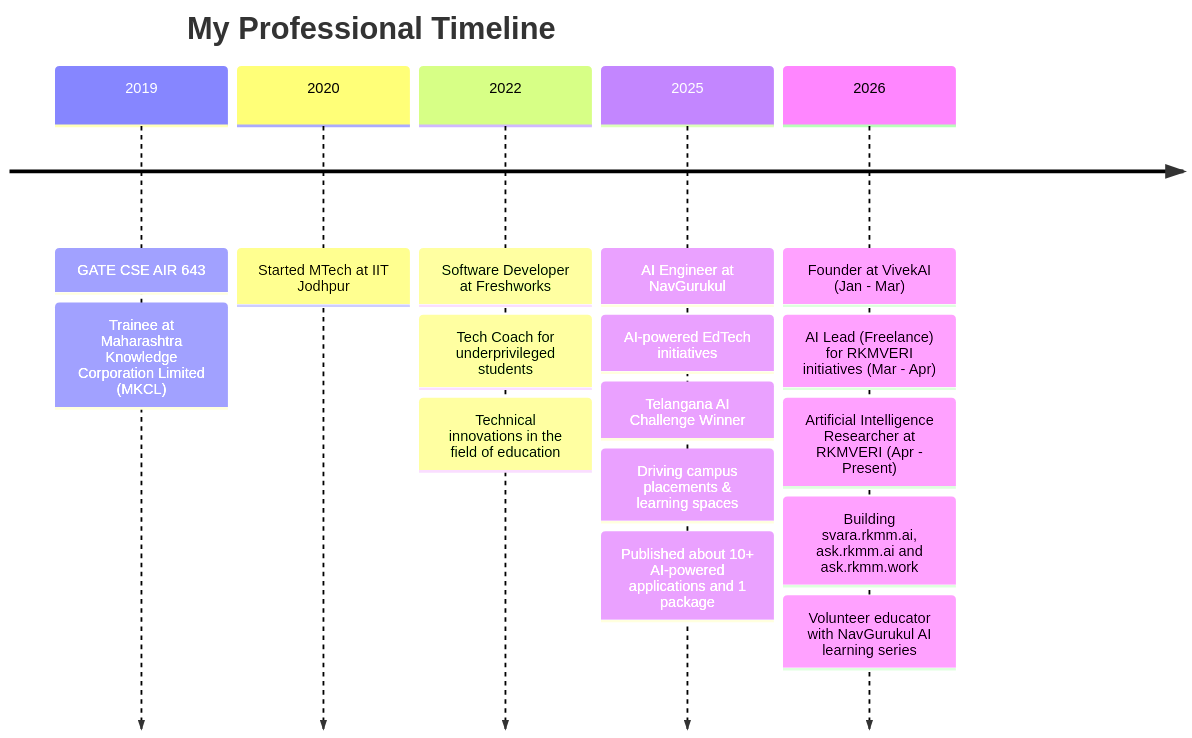
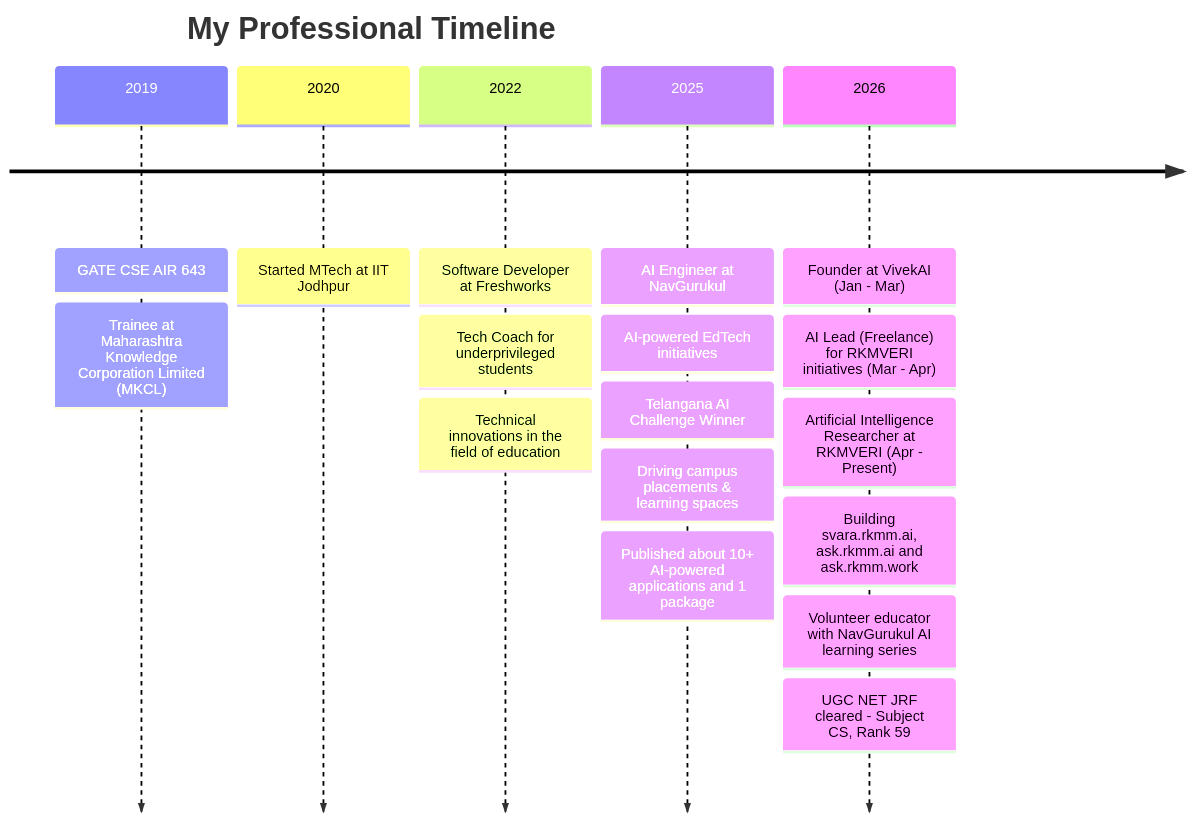
Before and after one commit to Vinit-source/Vinit-source: the diagram in README.md, drawn with Mermaid. The commit also changed other lines of this file, not shown here.

````diff
--- a/README.md
+++ b/README.md
@@ -55,26 +55,27 @@
 ```mermaid
 timeline
     title My Professional Timeline
     
     2019 : GATE CSE AIR 643
          : Trainee at Maharashtra Knowledge Corporation Limited (MKCL)
 
     2020 : Started MTech at IIT Jodhpur
     
     2022 : Software Developer at Freshworks
          : Tech Coach for underprivileged students
          : Technical innovations in the field of education
     
     2025 : AI Engineer at NavGurukul
          : AI-powered EdTech initiatives
          : Telangana AI Challenge Winner
          : Driving campus placements & learning spaces
          : Published about 10+ AI-powered applications and 1 package
 
     2026 : Founder at VivekAI (Jan - Mar)
          : AI Lead (Freelance) for RKMVERI initiatives (Mar - Apr)
          : Artificial Intelligence Researcher at RKMVERI (Apr - Present)
          : Building svara.rkmm.ai, ask.rkmm.ai and ask.rkmm.work
          : Volunteer educator with NavGurukul AI learning series
+         : UGC NET JRF cleared - Subject CS, Rank 59
 
 ```
````
